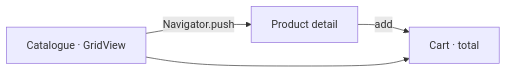
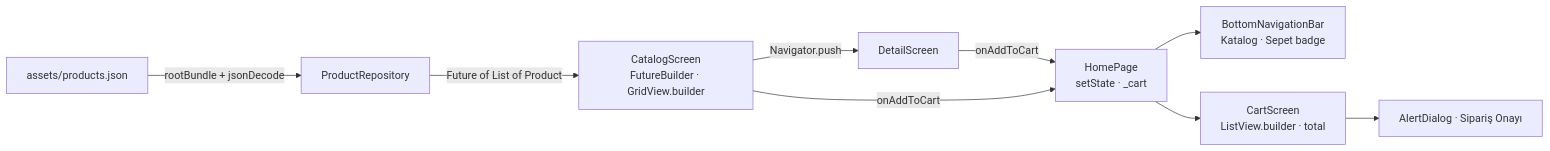
The diagram in README.md (kutluhangil/KahveOrmanFlutterApp), drawn with Mermaid before and after one commit. The commit also changed other lines of this file and 3 other files, not shown here.

````diff
--- a/README.md
+++ b/README.md
@@ -30,6 +58,11 @@
 ```mermaid
 flowchart LR
-  G[Catalogue · GridView] -- Navigator.push --> D[Product detail]
-  D -- add --> C[Cart · total]
-  G --> C
+  J[assets/products.json] -- rootBundle + jsonDecode --> R[ProductRepository]
+  R -- Future of List of Product --> CAT[CatalogScreen<br/>FutureBuilder · GridView.builder]
+  CAT -- Navigator.push --> DET[DetailScreen]
+  DET -- onAddToCart --> HOME[HomePage<br/>setState · _cart]
+  CAT -- onAddToCart --> HOME
+  HOME --> NAV[BottomNavigationBar<br/>Katalog · Sepet badge]
+  HOME --> CART[CartScreen<br/>ListView.builder · total]
+  CART --> DLG[AlertDialog · Sipariş Onayı]
 ```
````
